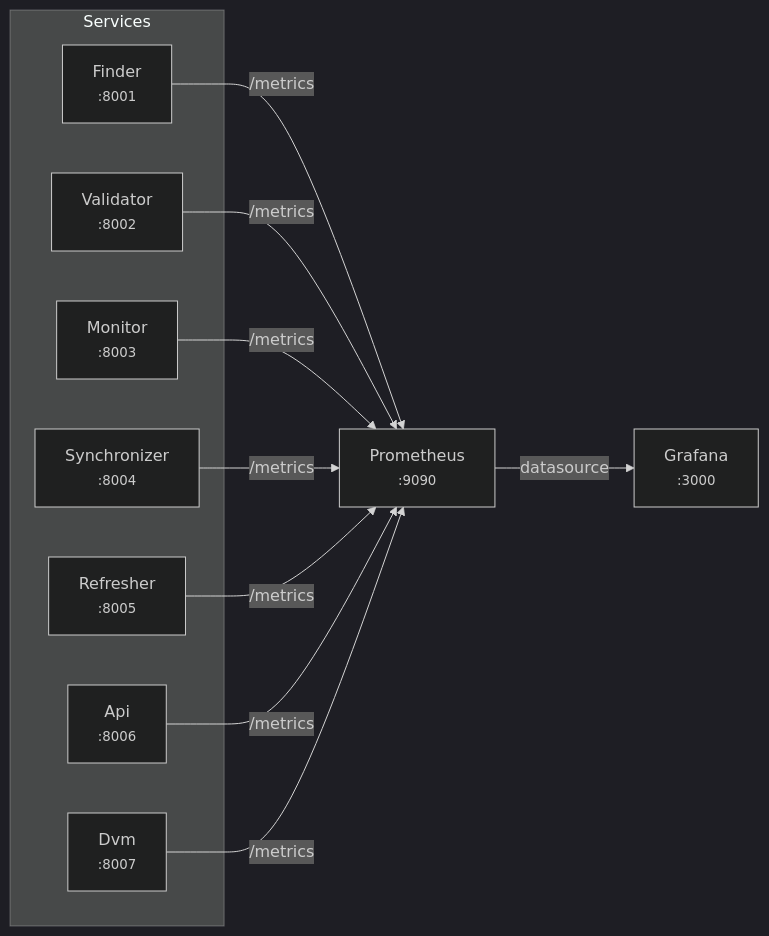
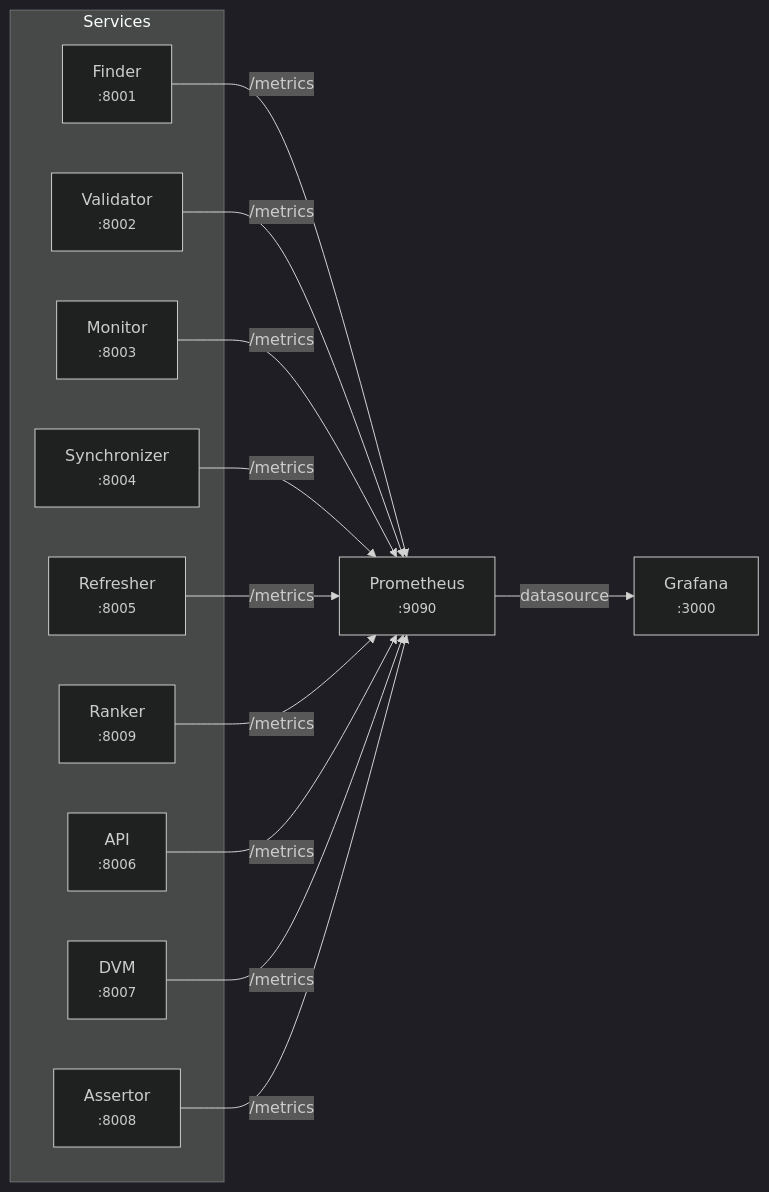
The diagram in docs/user-guide/monitoring.md (BigBrotr/bigbrotr), drawn with Mermaid (dark theme) before and after one commit. The commit also changed other lines of this file, not shown here.

````diff
--- a/docs/user-guide/monitoring.md
+++ b/docs/user-guide/monitoring.md
@@ -15,25 +15,29 @@
 ```mermaid
 flowchart LR
     subgraph Services
         F["Finder<br/><small>:8001</small>"]
         V["Validator<br/><small>:8002</small>"]
         M["Monitor<br/><small>:8003</small>"]
         S["Synchronizer<br/><small>:8004</small>"]
         R["Refresher<br/><small>:8005</small>"]
-        A["Api<br/><small>:8006</small>"]
-        D["Dvm<br/><small>:8007</small>"]
+        K["Ranker<br/><small>:8009</small>"]
+        A["API<br/><small>:8006</small>"]
+        D["DVM<br/><small>:8007</small>"]
+        T["Assertor<br/><small>:8008</small>"]
     end
 
     P["Prometheus<br/><small>:9090</small>"]
     G["Grafana<br/><small>:3000</small>"]
 
     F -->|"/metrics"| P
     V -->|"/metrics"| P
     M -->|"/metrics"| P
     S -->|"/metrics"| P
     R -->|"/metrics"| P
+    K -->|"/metrics"| P
     A -->|"/metrics"| P
     D -->|"/metrics"| P
+    T -->|"/metrics"| P
     P -->|"datasource"| G
 
 ```
````
